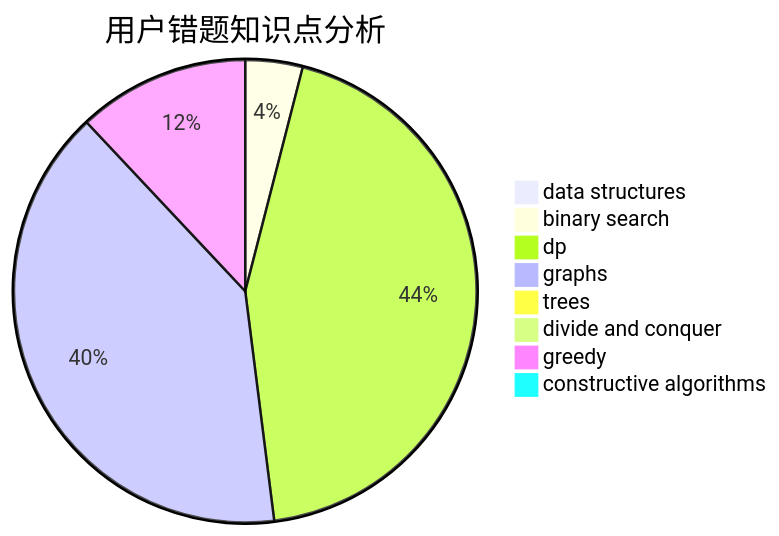
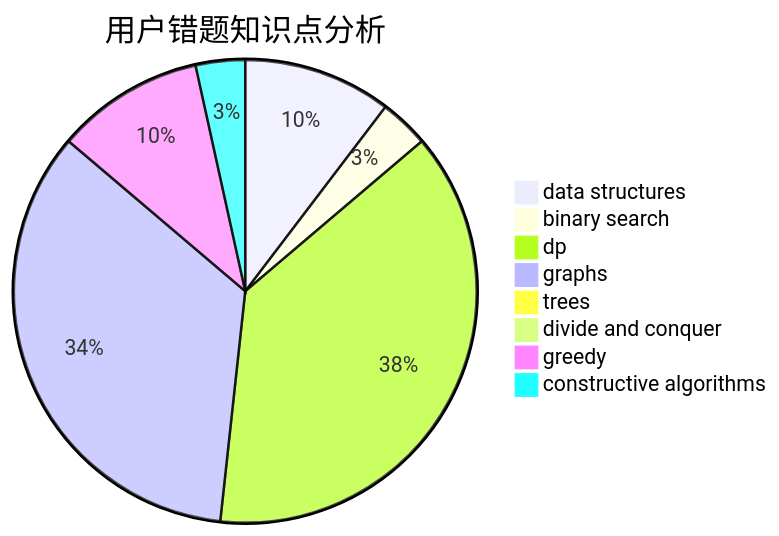
Before and after one commit to sherpahu/cfrs.github.io: the third of 3 diagrams in docs/user/u523.md, drawn with Mermaid. The commit also changed other lines of this file and 2770 other files, not shown here.

````diff
--- a/docs/user/u523.md
+++ b/docs/user/u523.md
@@ -36,11 +36,11 @@
 ```mermaid
 pie title 用户错题知识点分析
-    "data structures" :  0
+    "data structures" :  3
     "binary search" :  1
     "dp" :  11
     "graphs" :  10
     "trees" :  0
     "divide and conquer" :  0
     "greedy" :  3
-    "constructive algorithms" :  0
+    "constructive algorithms" :  1
 ```
````
